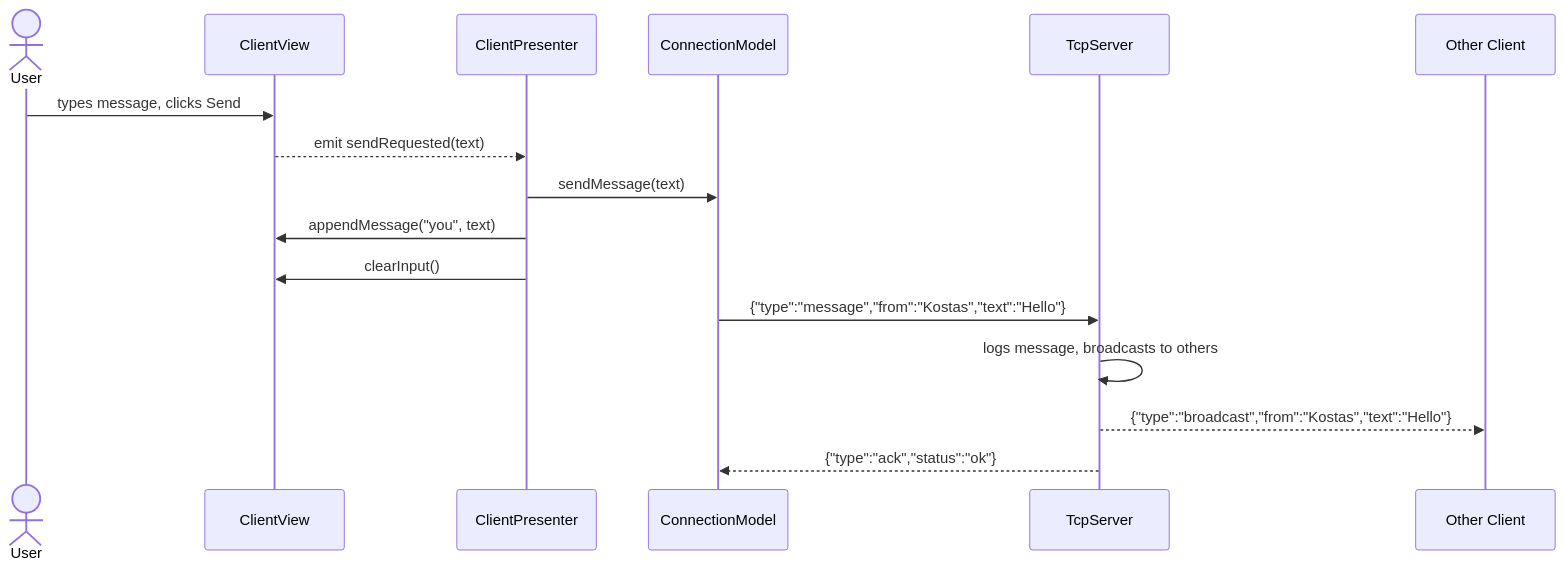
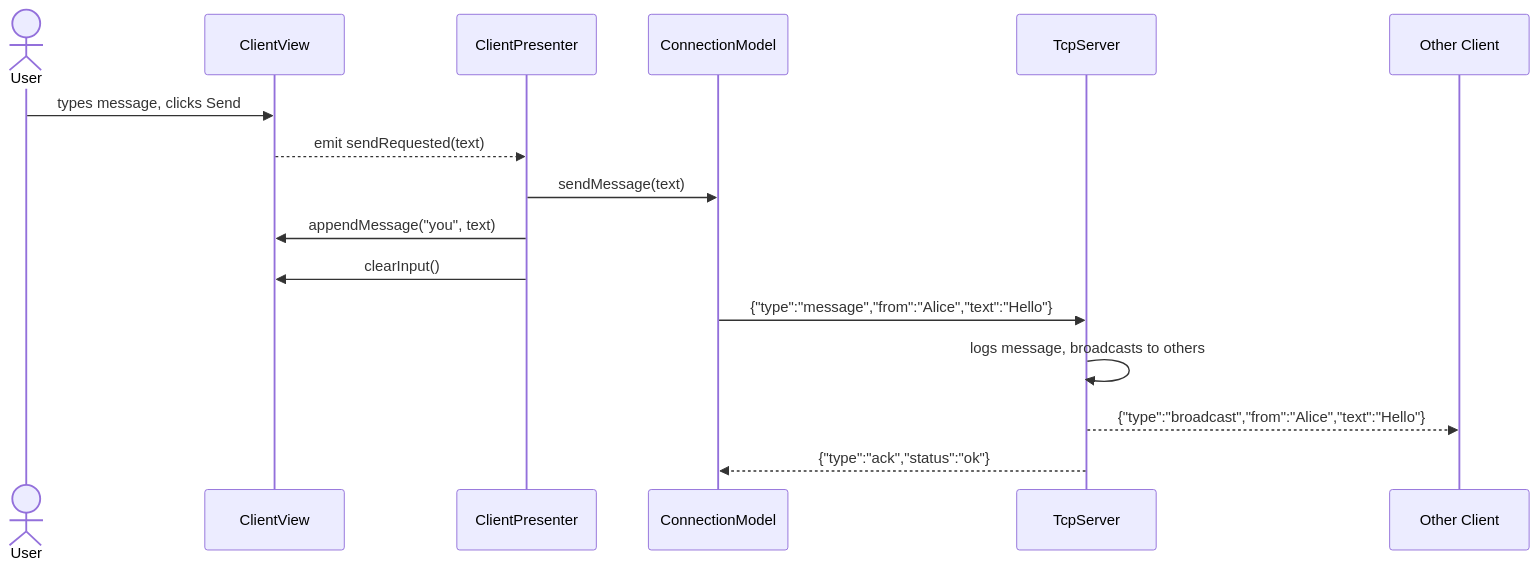
The third of 3 diagrams in 10_IO_and_Data/qt_networking_demo/qt_server/README.md (Apisteftos/QTprojects), drawn with Mermaid before and after one commit. The commit also changed other lines of this file and 15 other files, not shown here.

````diff
--- a/10_IO_and_Data/qt_networking_demo/qt_server/README.md
+++ b/10_IO_and_Data/qt_networking_demo/qt_server/README.md
@@ -179,19 +156,19 @@
 ```mermaid
 sequenceDiagram
     actor User
     participant CV as ClientView
     participant CP as ClientPresenter
     participant CM as ConnectionModel
     participant SRV as TcpServer
     participant CM2 as Other Client
 
     User->>CV: types message, clicks Send
     CV-->>CP: emit sendRequested(text)
     CP->>CM: sendMessage(text)
     CP->>CV: appendMessage("you", text)
     CP->>CV: clearInput()
-    CM->>SRV: {"type":"message","from":"Kostas","text":"Hello"}
+    CM->>SRV: {"type":"message","from":"Alice","text":"Hello"}
     SRV->>SRV: logs message, broadcasts to others
-    SRV-->>CM2: {"type":"broadcast","from":"Kostas","text":"Hello"}
+    SRV-->>CM2: {"type":"broadcast","from":"Alice","text":"Hello"}
     SRV-->>CM: {"type":"ack","status":"ok"}
 ```
````
